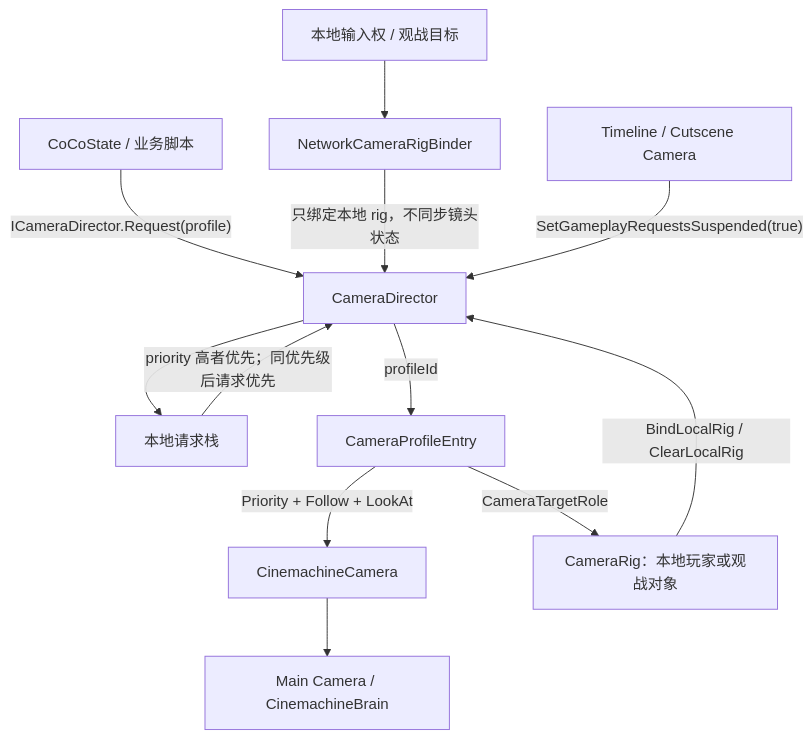
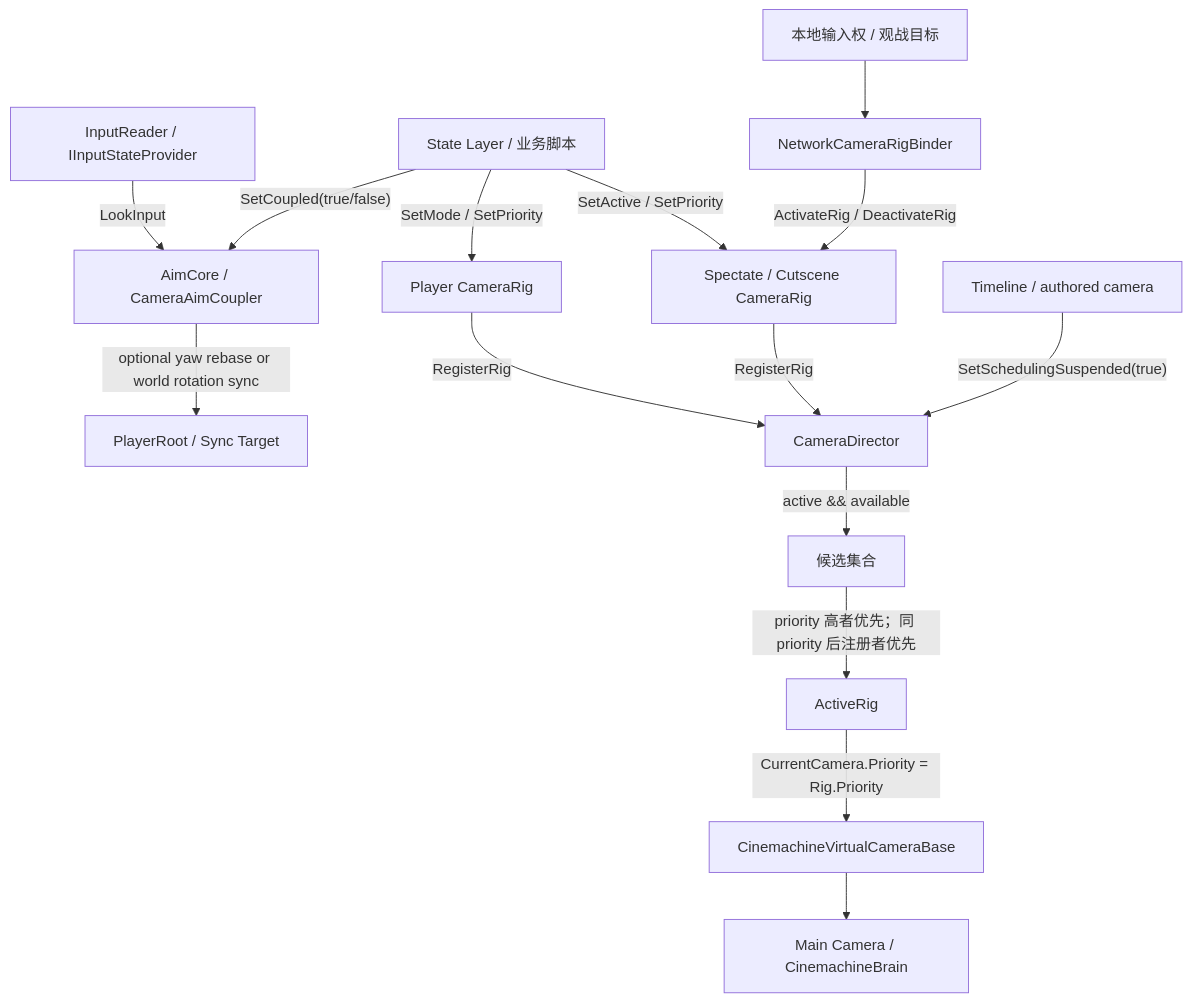
The diagram in Docs/Module-Camera.md (YunXEE/CoCoFlow), drawn with Mermaid before and after one commit. The commit also changed other lines of this file and 20 other files, not shown here.

Commit message:
Prepare 0.3.8 camera rig scheduling

````diff
--- a/Docs/Module-Camera.md
+++ b/Docs/Module-Camera.md
@@ -9,19 +17,21 @@
 ```mermaid
 flowchart TD
-  State["CoCoState / 业务脚本"] -->|"ICameraDirector.Request(profile)"| Director["CameraDirector"]
+  Input["InputReader / IInputStateProvider"] -->|"LookInput"| AimCore["AimCore / CameraAimCoupler"]
+  State["State Layer / 业务脚本"] -->|"SetMode / SetPriority"| PlayerRig["Player CameraRig"]
+  State -->|"SetCoupled(true/false)"| AimCore
+  State -->|"SetActive / SetPriority"| OtherRig["Spectate / Cutscene CameraRig"]
 
-  Director --> Stack["本地请求栈"]
-  Stack -->|"priority 高者优先；同优先级后请求优先"| Director
+  AimCore -->|"optional yaw rebase or world rotation sync"| PlayerRoot["PlayerRoot / Sync Target"]
+  PlayerRig -->|"RegisterRig"| Director["CameraDirector"]
+  OtherRig -->|"RegisterRig"| Director
 
-  Director -->|"profileId"| Entry["CameraProfileEntry"]
-  Entry -->|"Priority + Follow + LookAt"| CmCamera["CinemachineCamera"]
-  CmCamera --> Brain["Main Camera / CinemachineBrain"]
-
-  Rig["CameraRig：本地玩家或观战对象"] -->|"BindLocalRig / ClearLocalRig"| Director
-  Entry -->|"CameraTargetRole"| Rig
+  Director -->|"active && available"| Filter["候选集合"]
+  Filter -->|"priority 高者优先；同 priority 后注册者优先"| Winner["ActiveRig"]
+  Winner -->|"CurrentCamera.Priority = Rig.Priority"| VCam["CinemachineVirtualCameraBase"]
+  VCam --> Brain["Main Camera / CinemachineBrain"]
 
   Network["本地输入权 / 观战目标"] --> Binder["NetworkCameraRigBinder"]
-  Binder -->|"只绑定本地 rig，不同步镜头状态"| Director
+  Binder -->|"ActivateRig / DeactivateRig"| OtherRig
 
-  Timeline["Timeline / Cutscene Camera"] -->|"SetGameplayRequestsSuspended(true)"| Director
+  Timeline["Timeline / authored camera"] -->|"SetSchedulingSuspended(true)"| Director
 ```
````
